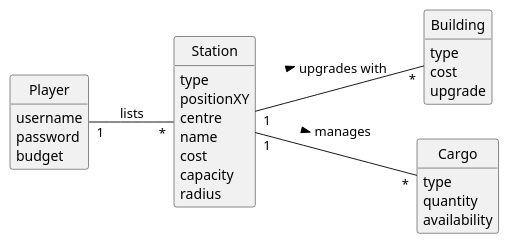
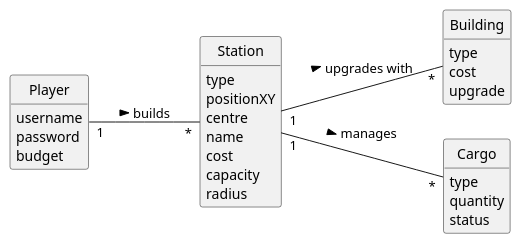
The diagram in docsFinais/US007/02.analysis/puml/US007-DM.puml (1240935/pi2-railway-simulator), drawn with PlantUML before and after one commit. The commit also changed 31 other files, not shown here.

```diff
--- a/docsFinais/US007/02.analysis/puml/US007-DM.puml
+++ b/docsFinais/US007/02.analysis/puml/US007-DM.puml
@@ -1,45 +1,45 @@
 @startuml
 skinparam monochrome true
 skinparam packageStyle rectangle
 skinparam shadowing false
 'skinparam linetype ortho
 'left to right direction
 skinparam classAttributeIconSize 0
 hide circle
 hide methods
 
 left to right direction
 
 class Station {
     type
     positionXY
     centre
     name
     cost
     capacity
     radius
 }
 
 class Building {
     type
     cost
     upgrade
 }
 
 class Cargo {
     type
     quantity
-    availability
+    status
 }
 
 class Player {
     username
     password
     budget
 }
 
 Station "1" -- "*" Building : upgrades with >
 Station "1" -- "*" Cargo : manages >
-Player "1" -- "*" Station : lists
+Player "1" -- "*" Station : builds >
 
 @enduml
```
